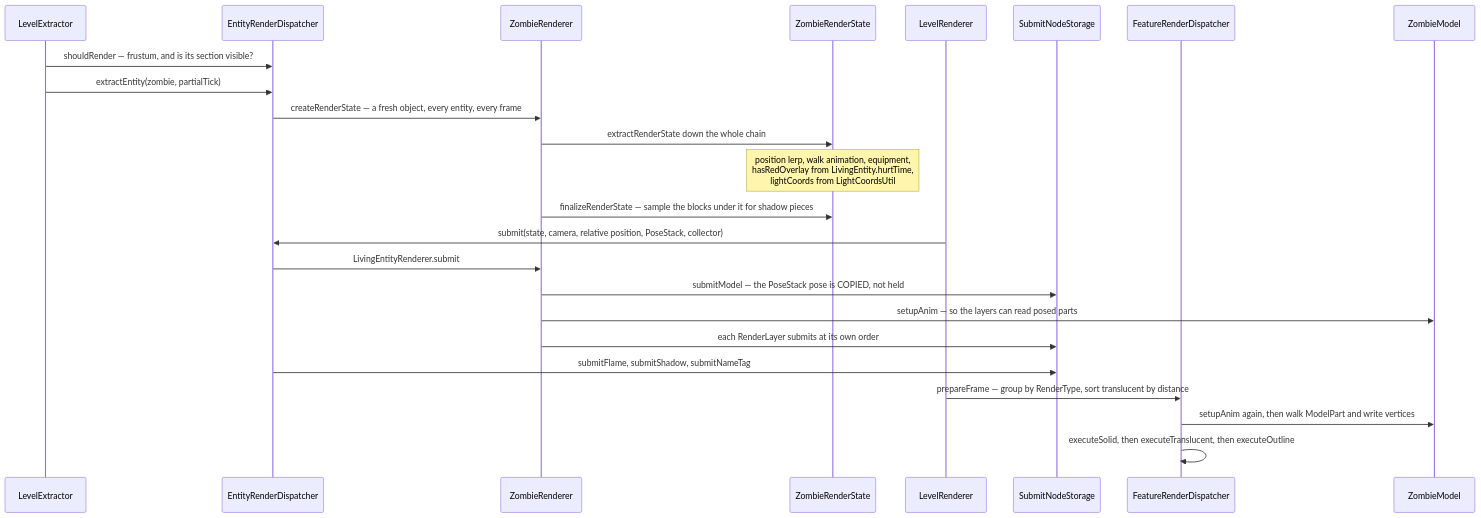
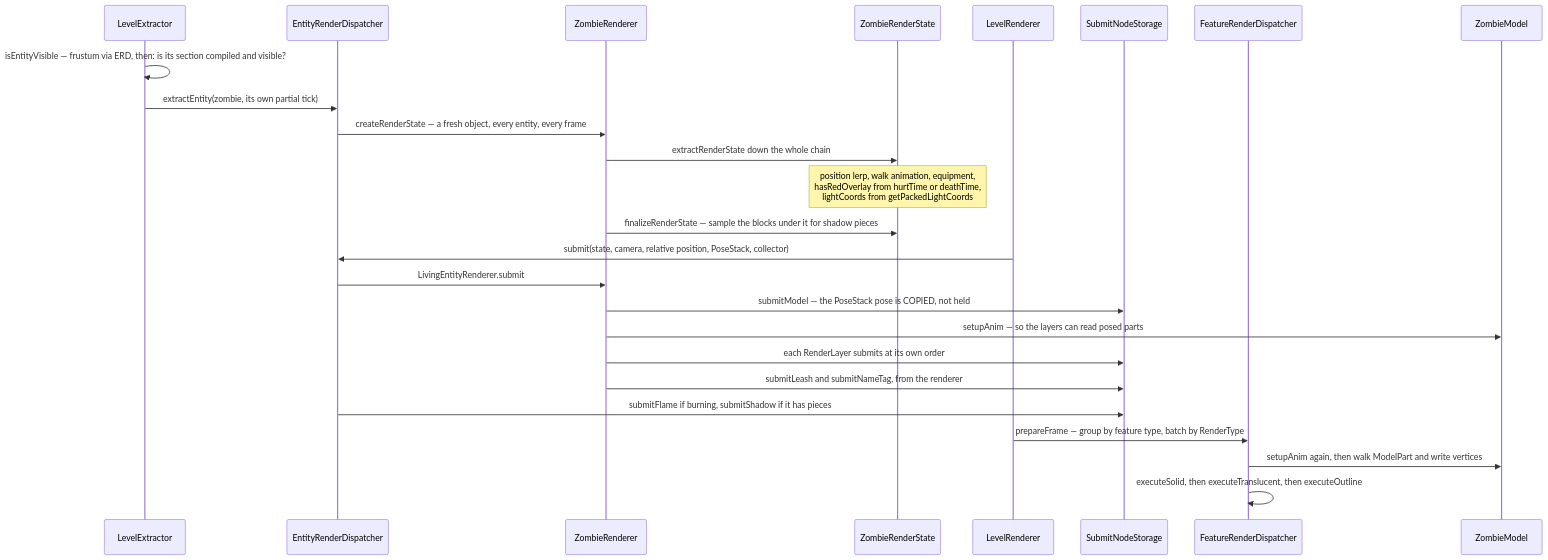
The diagram in src/systems/rendering/entity-rendering.md (AlexanderjFraser/MinecraftDocs), drawn with Mermaid before and after one commit. The commit also changed other lines of this file and 14 other files, not shown here.

````diff
--- a/src/systems/rendering/entity-rendering.md
+++ b/src/systems/rendering/entity-rendering.md
@@ -117,29 +135,30 @@
 ```mermaid
 sequenceDiagram
     participant LX as LevelExtractor
     participant ERD as EntityRenderDispatcher
     participant ZR as ZombieRenderer
     participant ZS as ZombieRenderState
     participant LR as LevelRenderer
     participant SNS as SubmitNodeStorage
     participant FRD as FeatureRenderDispatcher
     participant ZM as ZombieModel
 
-    LX->>ERD: shouldRender — frustum, and is its section visible?
-    LX->>ERD: extractEntity(zombie, partialTick)
+    LX->>LX: isEntityVisible — frustum via ERD, then: is its section compiled and visible?
+    LX->>ERD: extractEntity(zombie, its own partial tick)
     ERD->>ZR: createRenderState — a fresh object, every entity, every frame
     ZR->>ZS: extractRenderState down the whole chain
-    Note over ZS: position lerp, walk animation, equipment,<br/>hasRedOverlay from LivingEntity.hurtTime,<br/>lightCoords from LightCoordsUtil
+    Note over ZS: position lerp, walk animation, equipment,<br/>hasRedOverlay from hurtTime or deathTime,<br/>lightCoords from getPackedLightCoords
     ZR->>ZS: finalizeRenderState — sample the blocks under it for shadow pieces
 
     LR->>ERD: submit(state, camera, relative position, PoseStack, collector)
     ERD->>ZR: LivingEntityRenderer.submit
     ZR->>SNS: submitModel — the PoseStack pose is COPIED, not held
     ZR->>ZM: setupAnim — so the layers can read posed parts
     ZR->>SNS: each RenderLayer submits at its own order
-    ERD->>SNS: submitFlame, submitShadow, submitNameTag
+    ZR->>SNS: submitLeash and submitNameTag, from the renderer
+    ERD->>SNS: submitFlame if burning, submitShadow if it has pieces
 
-    LR->>FRD: prepareFrame — group by RenderType, sort translucent by distance
+    LR->>FRD: prepareFrame — group by feature type, batch by RenderType
     FRD->>ZM: setupAnim again, then walk ModelPart and write vertices
     FRD->>FRD: executeSolid, then executeTranslucent, then executeOutline
 ```
````
